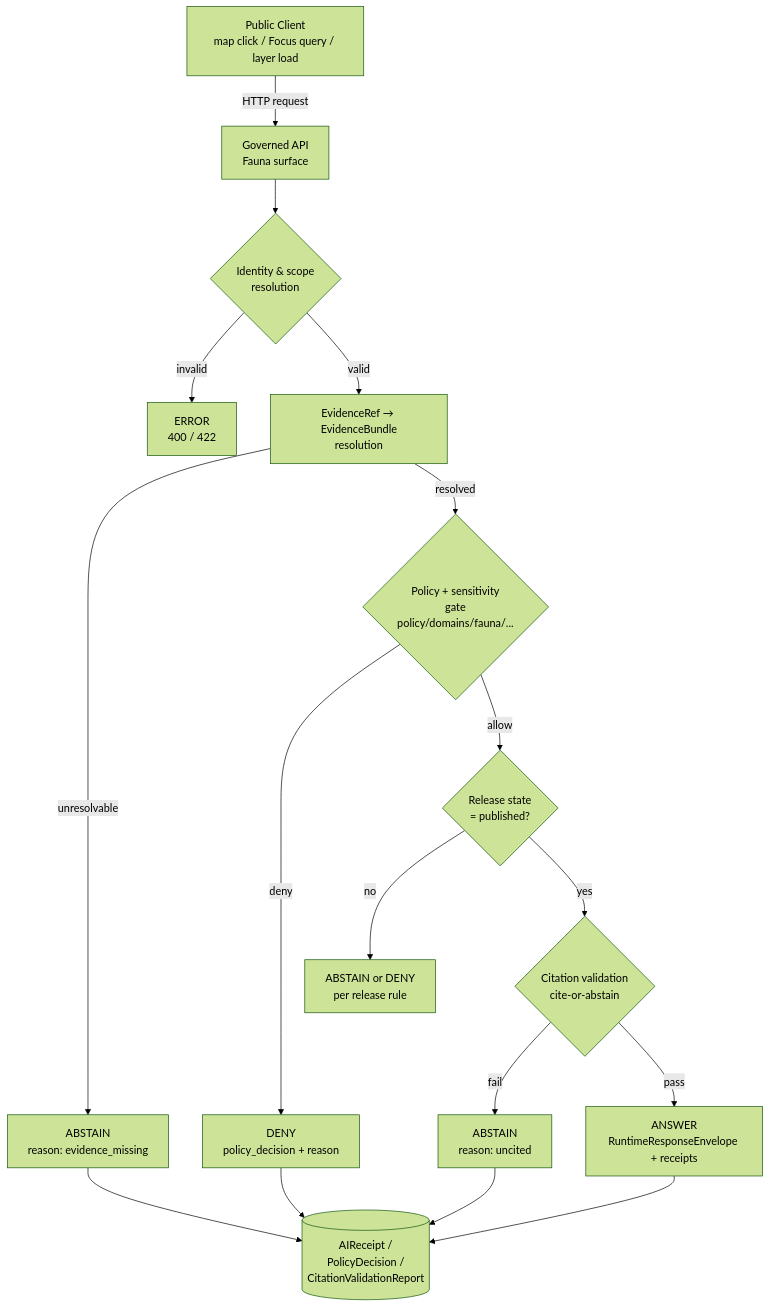
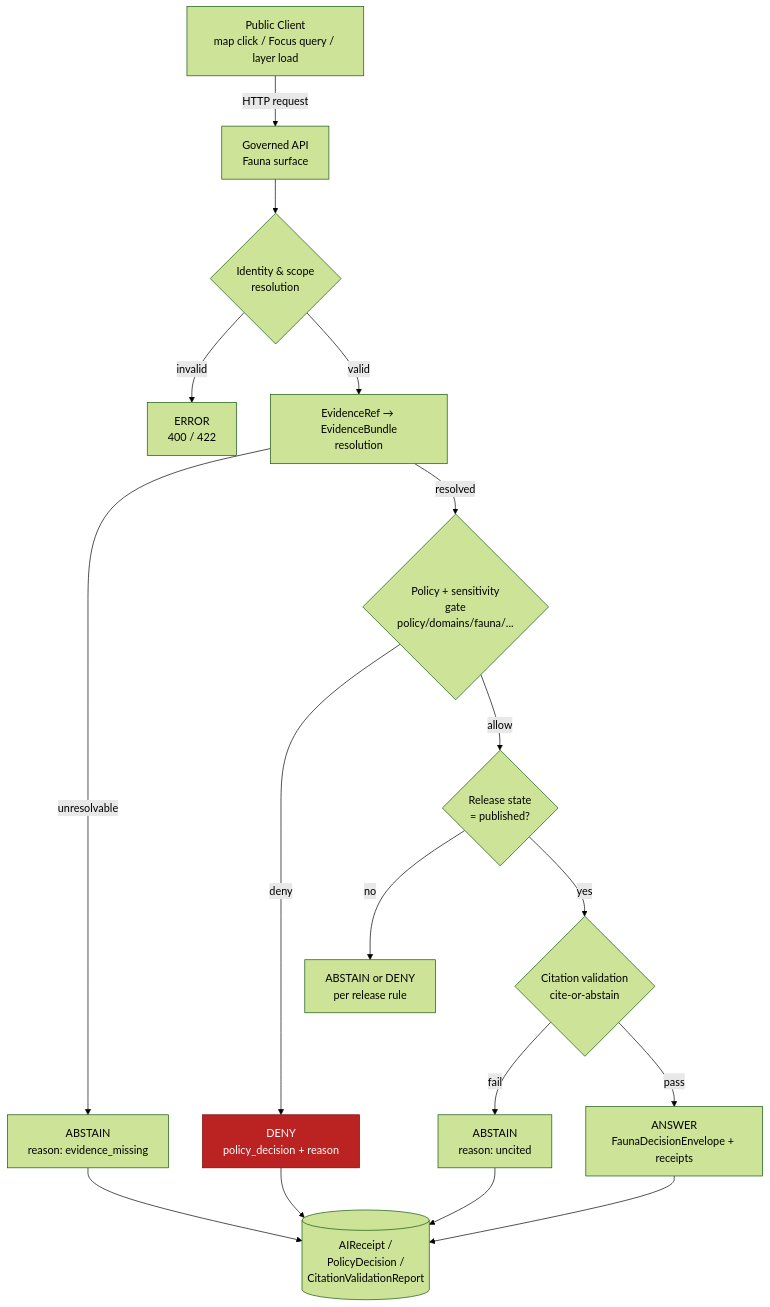
Before and after one commit to bartytime4life/Kansas-Frontier-Matrix: the diagram in docs/domains/fauna/API_CONTRACTS.md, drawn with Mermaid (forest theme). The commit also changed other lines of this file, not shown here.

````diff
--- a/docs/domains/fauna/API_CONTRACTS.md
+++ b/docs/domains/fauna/API_CONTRACTS.md
@@ -178,20 +176,22 @@
 ```mermaid
 flowchart TD
     A[Public Client<br/>map click / Focus query / layer load] -->|HTTP request| B[Governed API<br/>Fauna surface]
     B --> C{Identity & scope<br/>resolution}
     C -->|invalid| Z1[ERROR<br/>400 / 422]
     C -->|valid| D[EvidenceRef → EvidenceBundle<br/>resolution]
     D -->|unresolvable| Z2[ABSTAIN<br/>reason: evidence_missing]
     D -->|resolved| E{Policy + sensitivity<br/>gate<br/>policy/domains/fauna/...}
     E -->|deny| Z3[DENY<br/>policy_decision + reason]
     E -->|allow| F{Release state<br/>= published?}
     F -->|no| Z4[ABSTAIN or DENY<br/>per release rule]
     F -->|yes| G{Citation validation<br/>cite-or-abstain}
     G -->|fail| Z5[ABSTAIN<br/>reason: uncited]
-    G -->|pass| H[ANSWER<br/>RuntimeResponseEnvelope + receipts]
+    G -->|pass| H[ANSWER<br/>FaunaDecisionEnvelope + receipts]
 
     H --> R[(AIReceipt /<br/>PolicyDecision /<br/>CitationValidationReport)]
     Z3 --> R
     Z2 --> R
     Z5 --> R
+    classDef deny fill:#b22,stroke:#700,color:#fff;
+    class Z3 deny;
 ```
````
